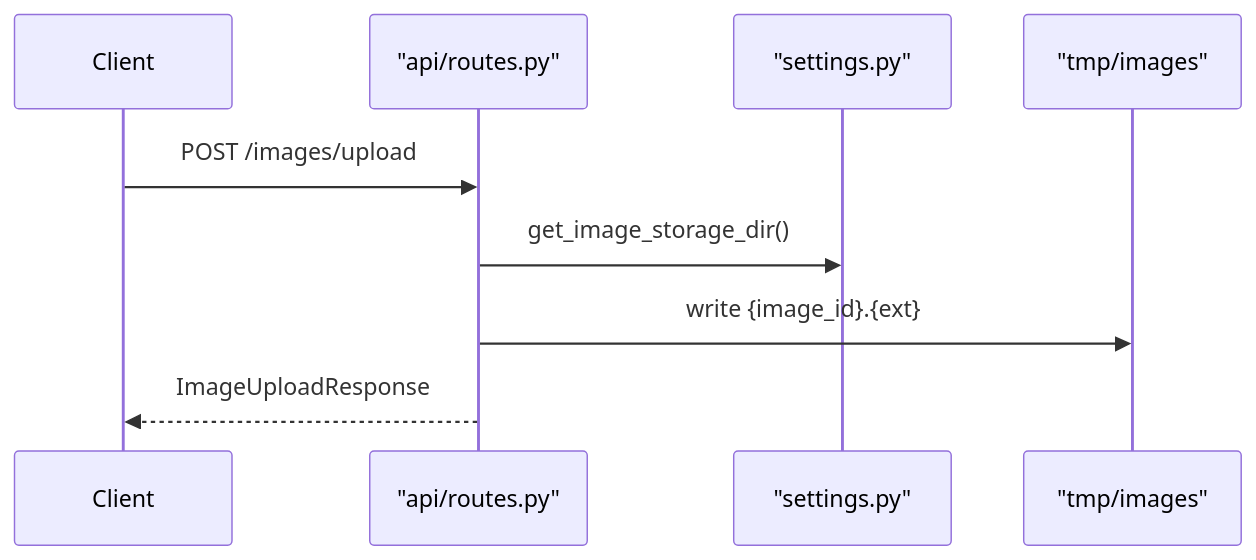
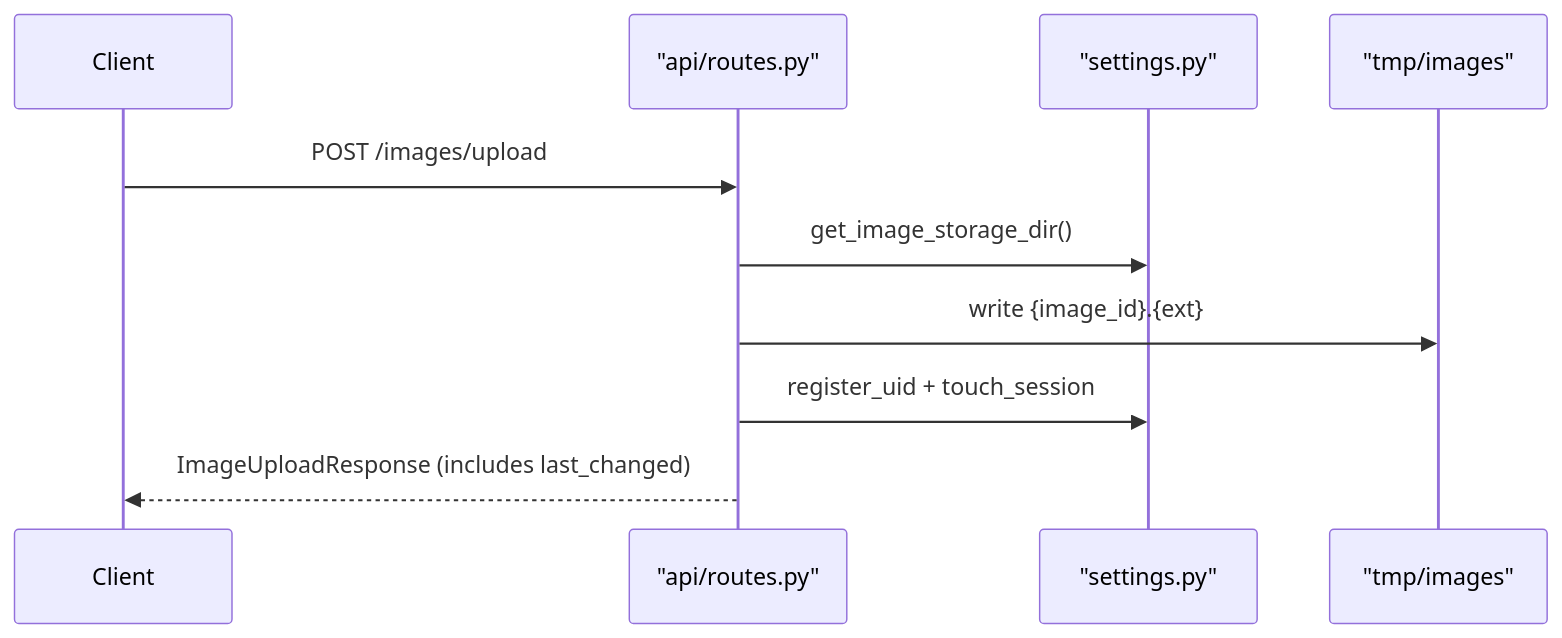
Before and after one commit to 1mache/avroom: the first of 5 diagrams in docs/backend/data-flow.md, drawn with Mermaid. The commit also changed other lines of this file and 10 other files, not shown here.

First line of the commit message:
Add session sync-check API with last_changed timestamps.

````diff
--- a/docs/backend/data-flow.md
+++ b/docs/backend/data-flow.md
@@ -7,12 +7,13 @@
 ```mermaid
 sequenceDiagram
     participant Client
     participant Router as "api/routes.py"
     participant Settings as "settings.py"
     participant Disk as "tmp/images"
 
     Client->>Router: POST /images/upload
     Router->>Settings: get_image_storage_dir()
     Router->>Disk: write {image_id}.{ext}
-    Router-->>Client: ImageUploadResponse
+    Router->>Settings: register_uid + touch_session
+    Router-->>Client: ImageUploadResponse (includes last_changed)
 ```
````
